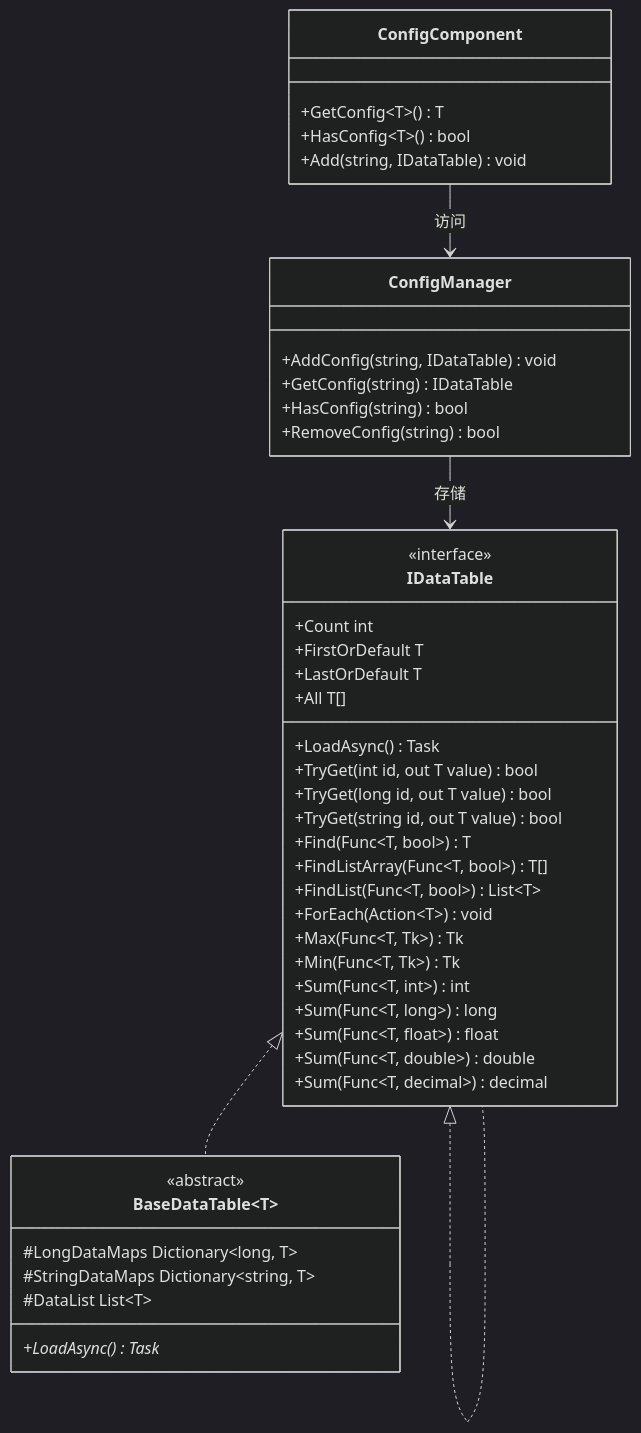
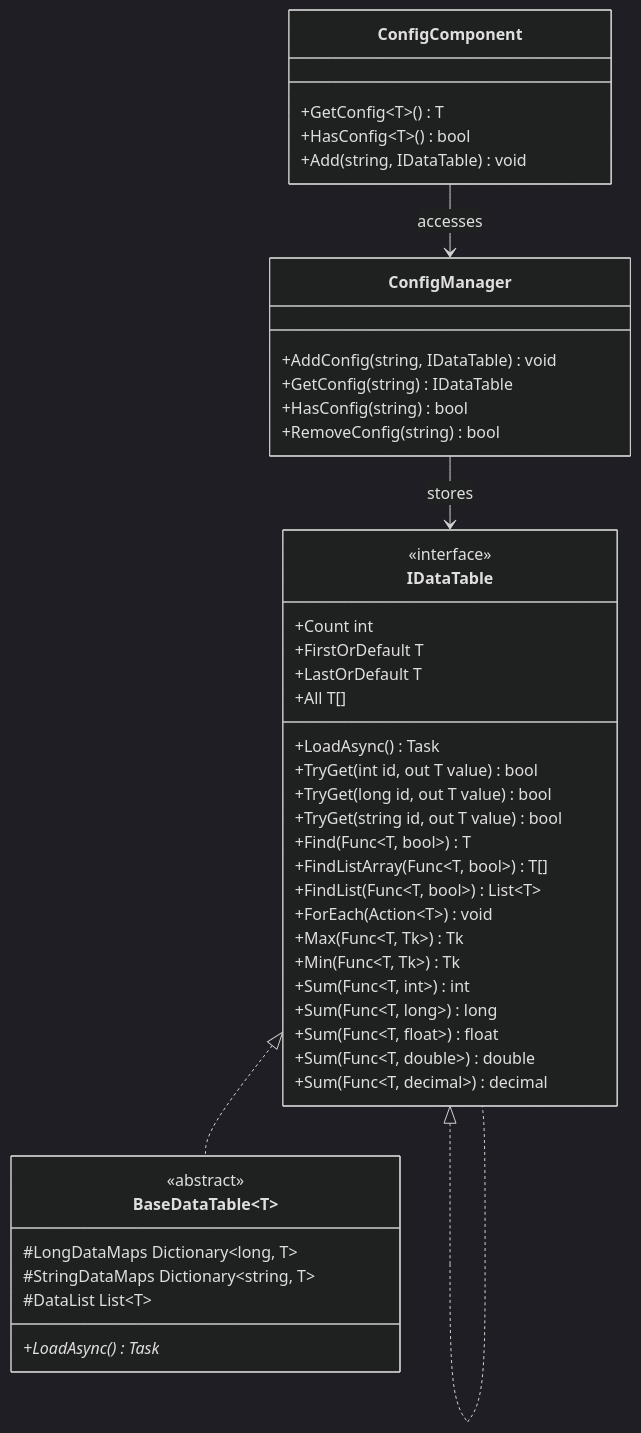
Before and after one commit to AlianBlank/GameFrameX.Docs: the first of 2 diagrams in docs/en/client/unity/component/config/07.idata-table.md, drawn with Mermaid (dark theme). The commit also changed other lines of this file and 242 other files, not shown here.

````diff
--- a/docs/en/client/unity/component/config/07.idata-table.md
+++ b/docs/en/client/unity/component/config/07.idata-table.md
@@ -26,55 +26,55 @@
 ```mermaid
 classDiagram
     class IDataTable {
         <<interface>>
         +LoadAsync() Task
         +Count int
     }
-    
+
     class IDataTable~T~ {
         <<interface>>
         +TryGet(int id, out T value) bool
         +TryGet(long id, out T value) bool
         +TryGet(string id, out T value) bool
         +FirstOrDefault T
         +LastOrDefault T
         +All T[]
         +Find(Func~T, bool~) T
         +FindListArray(Func~T, bool~) T[]
         +FindList(Func~T, bool~) List~T~
         +ForEach(Action~T~) void
         +Max(Func~T, Tk~) Tk
         +Min(Func~T, Tk~) Tk
         +Sum(Func~T, int~) int
         +Sum(Func~T, long~) long
         +Sum(Func~T, float~) float
         +Sum(Func~T, double~) double
         +Sum(Func~T, decimal~) decimal
     }
-    
+
     class BaseDataTable~T~ {
         <<abstract>>
         #LongDataMaps Dictionary~long, T~
         #StringDataMaps Dictionary~string, T~
         #DataList List~T~
         +LoadAsync() Task*
     }
-    
+
     class ConfigManager {
         +AddConfig(string, IDataTable) void
         +GetConfig(string) IDataTable
         +HasConfig(string) bool
         +RemoveConfig(string) bool
     }
-    
+
     class ConfigComponent {
         +GetConfig~T~() T
         +HasConfig~T~() bool
         +Add(string, IDataTable) void
     }
-    
+
     IDataTable <|.. IDataTable~T~
     IDataTable~T~ <|.. BaseDataTable~T~
-    ConfigManager --> IDataTable : 存储
-    ConfigComponent --> ConfigManager : 访问
+    ConfigManager --> IDataTable : stores
+    ConfigComponent --> ConfigManager : accesses
 ```
````
